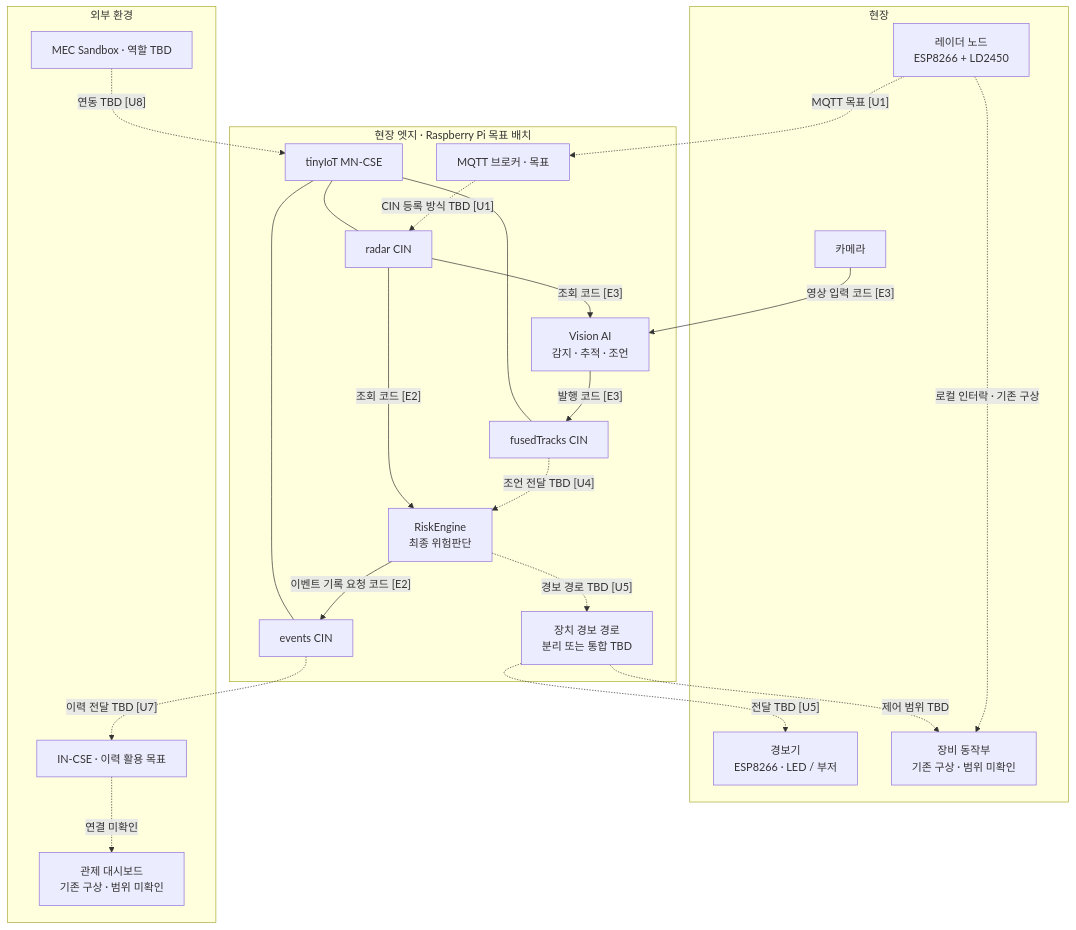
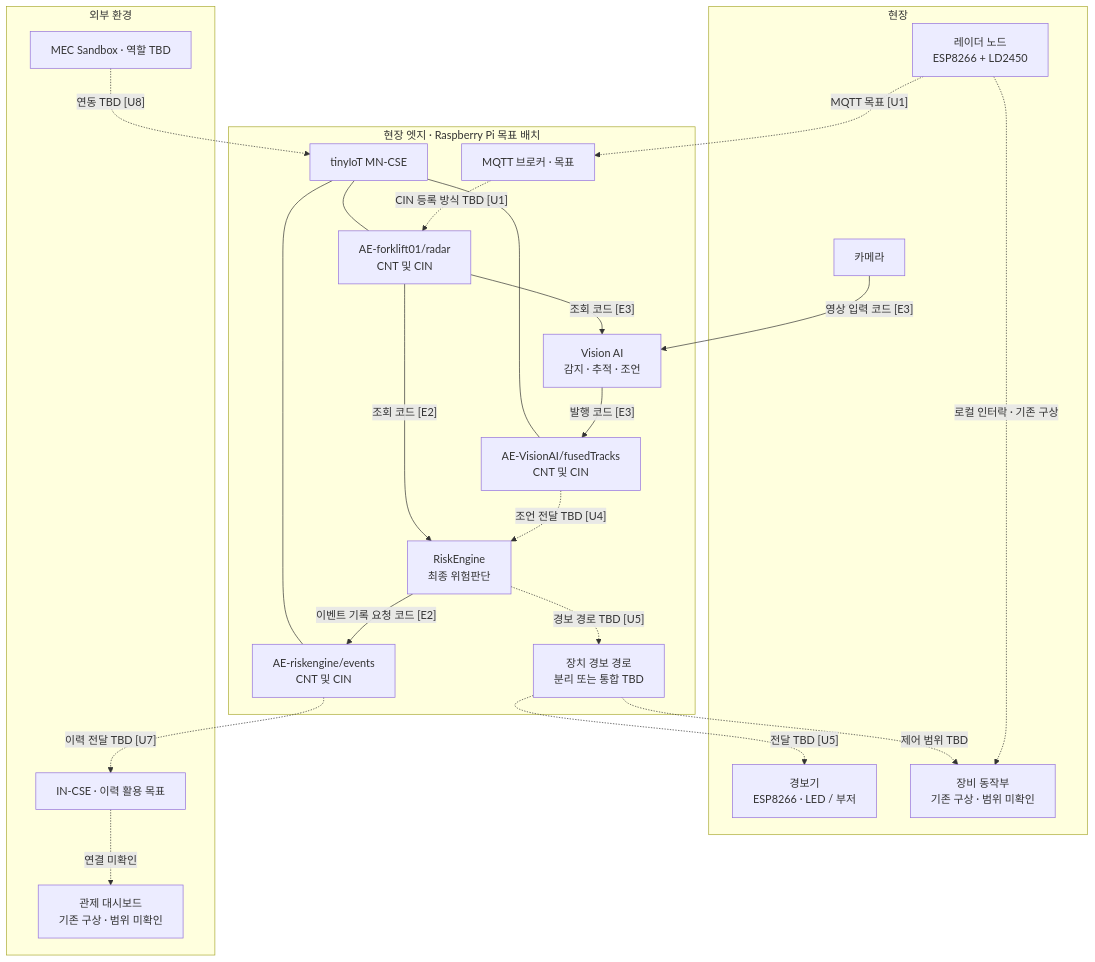
Before and after one commit to extra-7ex/Sejong_4IoT_OneM2M: the first of 2 diagrams in docs/architecture.md, drawn with Mermaid. The commit also changed other lines of this file, not shown here.

Commit message:
docs: clarify integration flows and failure gaps

````diff
--- a/docs/architecture.md
+++ b/docs/architecture.md
@@ -27,42 +45,42 @@
 ```mermaid
 flowchart TB
     subgraph FIELD["현장"]
         SENSOR["레이더 노드<br/>ESP8266 + LD2450"]
         CAMERA["카메라"]
         ALARM["경보기<br/>ESP8266 · LED / 부저"]
         ACT["장비 동작부<br/>기존 구상 · 범위 미확인"]
     end
     subgraph EDGE["현장 엣지 · Raspberry Pi 목표 배치"]
         BROKER["MQTT 브로커 · 목표"]
         CSE["tinyIoT MN-CSE"]
-        RADAR["radar CIN"]
-        FUSED["fusedTracks CIN"]
-        EVENTS["events CIN"]
+        RADAR["AE-forklift01/radar<br/>CNT 및 CIN"]
+        FUSED["AE-VisionAI/fusedTracks<br/>CNT 및 CIN"]
+        EVENTS["AE-riskengine/events<br/>CNT 및 CIN"]
         VISION["Vision AI<br/>감지 · 추적 · 조언"]
         RISK["RiskEngine<br/>최종 위험판단"]
         ALERT["장치 경보 경로<br/>분리 또는 통합 TBD"]
         CSE --- RADAR
         CSE --- FUSED
         CSE --- EVENTS
         BROKER -. "CIN 등록 방식 TBD [U1]" .-> RADAR
         RADAR -- "조회 코드 [E2]" --> RISK
         RADAR -- "조회 코드 [E3]" --> VISION
         VISION -- "발행 코드 [E3]" --> FUSED
         FUSED -. "조언 전달 TBD [U4]" .-> RISK
         RISK -- "이벤트 기록 요청 코드 [E2]" --> EVENTS
         RISK -. "경보 경로 TBD [U5]" .-> ALERT
     end
     subgraph EXTERNAL["외부 환경"]
         IN["IN-CSE · 이력 활용 목표"]
         MEC["MEC Sandbox · 역할 TBD"]
         DASH["관제 대시보드<br/>기존 구상 · 범위 미확인"]
     end
     SENSOR -. "MQTT 목표 [U1]" .-> BROKER
     CAMERA -- "영상 입력 코드 [E3]" --> VISION
     ALERT -. "전달 TBD [U5]" .-> ALARM
     ALERT -. "제어 범위 TBD" .-> ACT
     SENSOR -. "로컬 인터락 · 기존 구상" .-> ACT
     EVENTS -. "이력 전달 TBD [U7]" .-> IN
     IN -. "연결 미확인" .-> DASH
     MEC -. "연동 TBD [U8]" .-> CSE
 ```
````
